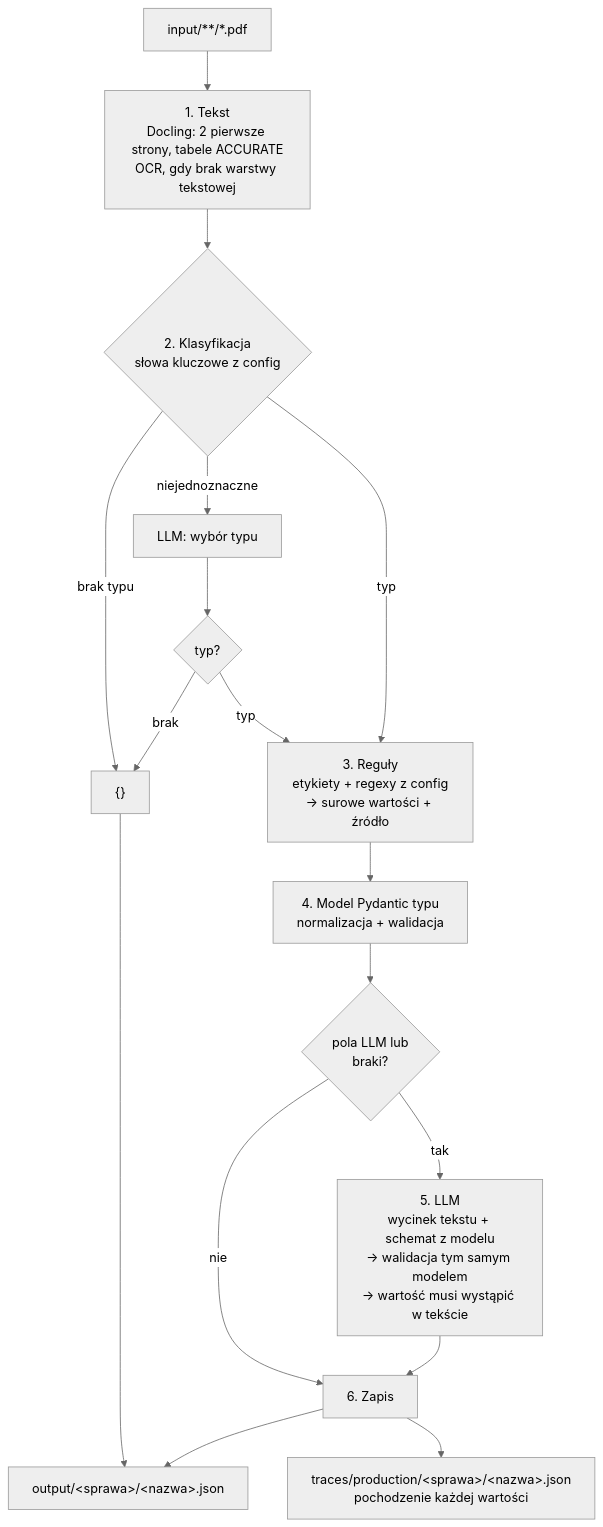
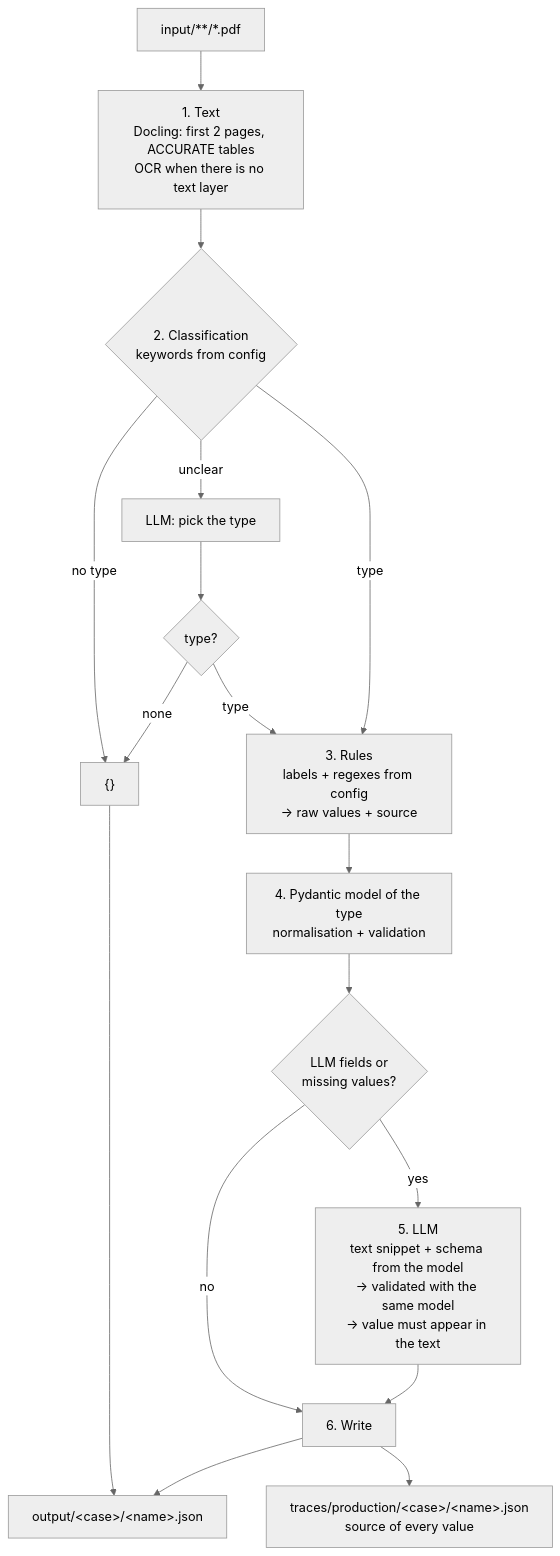
The first of 5 diagrams in docs/architecture.md (witold-nowogorski/hacknation--2026), drawn with Mermaid (neutral theme) before and after one commit. The commit also changed other lines of this file and 7 other files, not shown here.

First line of the commit message:
Run rules-only when LLM_API_KEY is missing

````diff
--- a/docs/architecture.md
+++ b/docs/architecture.md
@@ -26,18 +26,18 @@
 ```mermaid
 flowchart TD
-    A["input/**/*.pdf"] --> B["1. Tekst<br/>Docling: 2 pierwsze strony, tabele ACCURATE<br/>OCR, gdy brak warstwy tekstowej"]
-    B --> C{"2. Klasyfikacja<br/>słowa kluczowe z config"}
-    C -- "brak typu" --> E["{}"]
-    C -- "niejednoznaczne" --> CL["LLM: wybór typu"] --> C2{typ?}
-    C2 -- "brak" --> E
-    C2 -- "typ" --> D
-    C -- "typ" --> D["3. Reguły<br/>etykiety + regexy z config<br/>→ surowe wartości + źródło"]
-    D --> M["4. Model Pydantic typu<br/>normalizacja + walidacja"]
-    M --> Q{"pola LLM lub<br/>braki?"}
-    Q -- "nie" --> W
-    Q -- "tak" --> L["5. LLM<br/>wycinek tekstu + schemat z modelu<br/>→ walidacja tym samym modelem<br/>→ wartość musi wystąpić w tekście"]
-    L --> W["6. Zapis"]
-    W --> O["output/#lt;sprawa#gt;/#lt;nazwa#gt;.json"]
-    W --> T["traces/production/#lt;sprawa#gt;/#lt;nazwa#gt;.json<br/>pochodzenie każdej wartości"]
+    A["input/**/*.pdf"] --> B["1. Text<br/>Docling: first 2 pages, ACCURATE tables<br/>OCR when there is no text layer"]
+    B --> C{"2. Classification<br/>keywords from config"}
+    C -- "no type" --> E["{}"]
+    C -- "unclear" --> CL["LLM: pick the type"] --> C2{type?}
+    C2 -- "none" --> E
+    C2 -- "type" --> D
+    C -- "type" --> D["3. Rules<br/>labels + regexes from config<br/>→ raw values + source"]
+    D --> M["4. Pydantic model of the type<br/>normalisation + validation"]
+    M --> Q{"LLM fields or<br/>missing values?"}
+    Q -- "no" --> W
+    Q -- "yes" --> L["5. LLM<br/>text snippet + schema from the model<br/>→ validated with the same model<br/>→ value must appear in the text"]
+    L --> W["6. Write"]
+    W --> O["output/#lt;case#gt;/#lt;name#gt;.json"]
+    W --> T["traces/production/#lt;case#gt;/#lt;name#gt;.json<br/>source of every value"]
     E --> O
 ```
````
